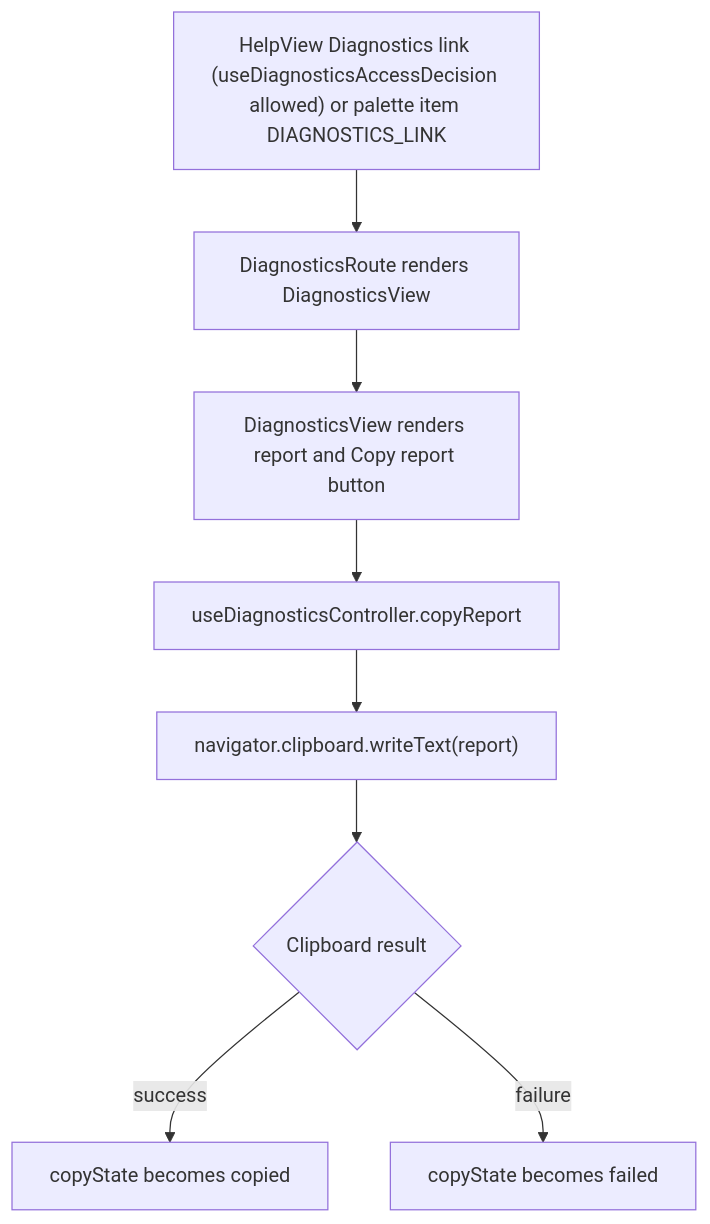
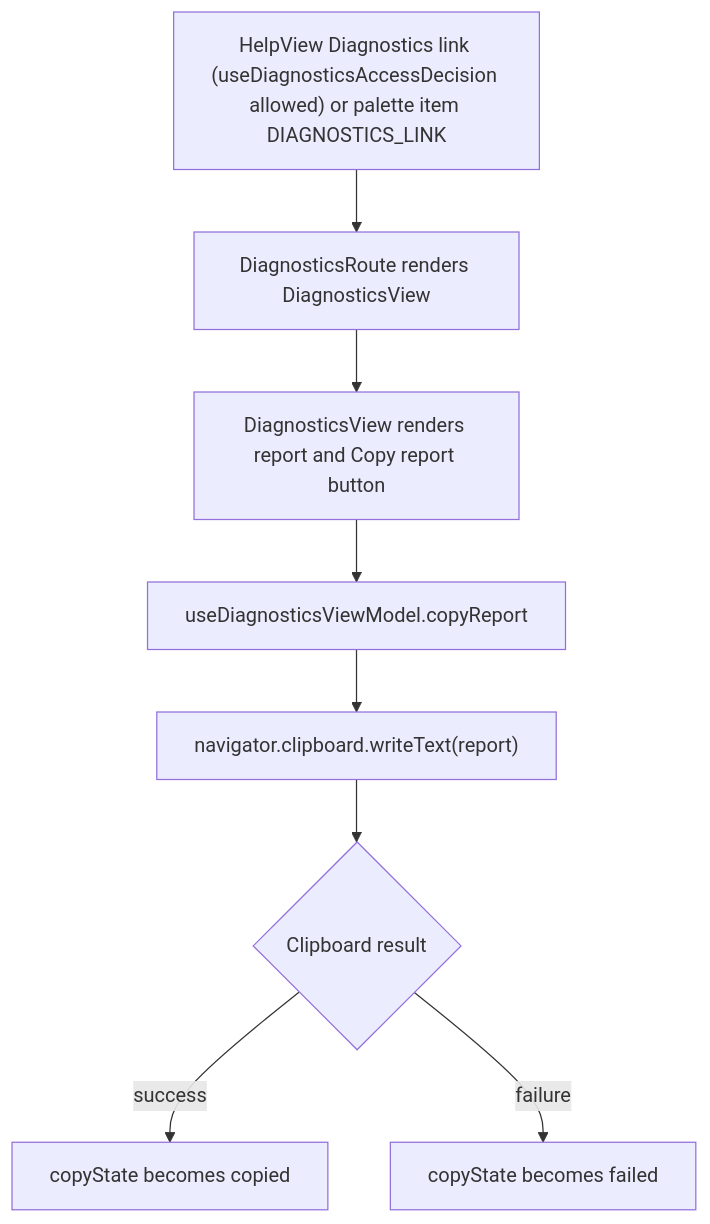
Before and after one commit to Kevinjohn/capacitylens: the second of 2 diagrams in user-stories/settings/US-SET-16-diagnostics.md, drawn with Mermaid. The commit also changed other lines of this file and 33 other files, not shown here.

First line of the commit message:
Controller to view model: rename the screen hooks

````diff
--- a/user-stories/settings/US-SET-16-diagnostics.md
+++ b/user-stories/settings/US-SET-16-diagnostics.md
@@ -29,9 +29,9 @@
 ```mermaid
 flowchart TD
   entry["HelpView Diagnostics link (useDiagnosticsAccessDecision allowed) or palette item DIAGNOSTICS_LINK"] --> route["DiagnosticsRoute renders DiagnosticsView"]
-  route --> view["DiagnosticsView renders report and Copy report button"] --> controller["useDiagnosticsController.copyReport"]
+  route --> view["DiagnosticsView renders report and Copy report button"] --> controller["useDiagnosticsViewModel.copyReport"]
   controller --> clipboard["navigator.clipboard.writeText(report)"]
   clipboard --> state{"Clipboard result"}
   state -->|"success"| copied["copyState becomes copied"]
   state -->|"failure"| failed["copyState becomes failed"]
 ```
````
